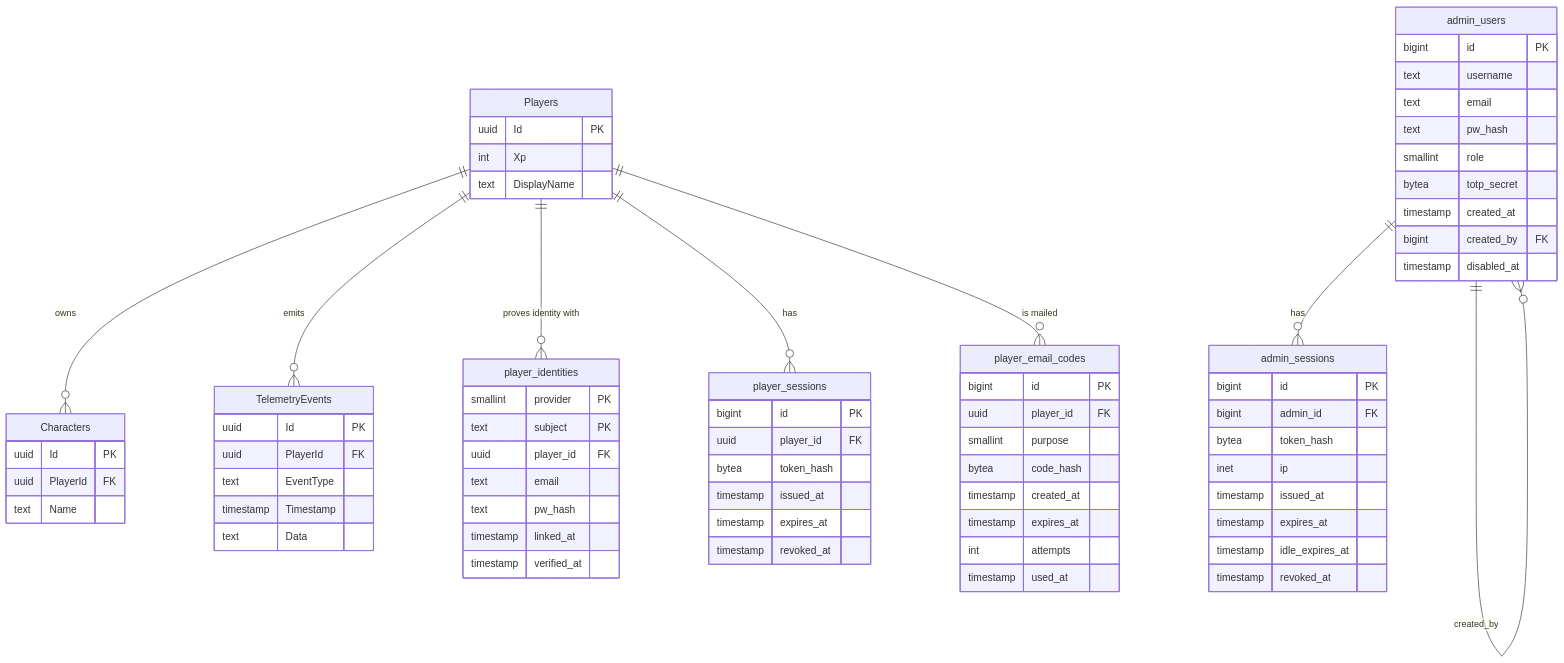
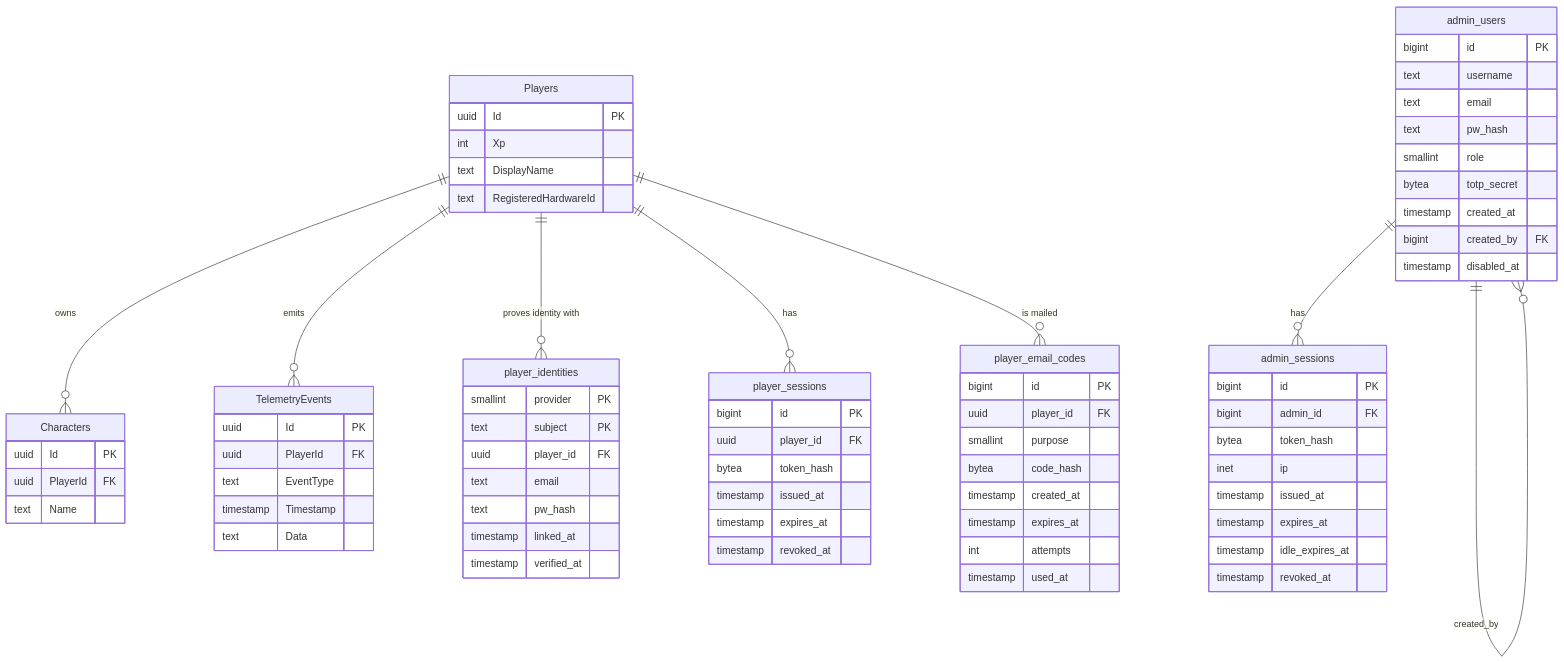
Before and after one commit to Bamboo01/Hakutaku: the diagram in docs/components/database.md, drawn with Mermaid. The commit also changed other lines of this file and 23 other files, not shown here.

````diff
--- a/docs/components/database.md
+++ b/docs/components/database.md
@@ -8,76 +8,77 @@
 ```mermaid
 erDiagram
     Players ||--o{ Characters : "owns"
     Players ||--o{ TelemetryEvents : "emits"
     Players ||--o{ player_identities : "proves identity with"
     Players ||--o{ player_sessions : "has"
     Players ||--o{ player_email_codes : "is mailed"
     admin_users ||--o{ admin_sessions : "has"
     admin_users ||--o{ admin_users : "created_by"
 
     Players {
         uuid Id PK
         int Xp
         text DisplayName
+        text RegisteredHardwareId
     }
     player_identities {
         smallint provider PK
         text subject PK
         uuid player_id FK
         text email
         text pw_hash
         timestamp linked_at
         timestamp verified_at
     }
     player_sessions {
         bigint id PK
         uuid player_id FK
         bytea token_hash
         timestamp issued_at
         timestamp expires_at
         timestamp revoked_at
     }
     player_email_codes {
         bigint id PK
         uuid player_id FK
         smallint purpose
         bytea code_hash
         timestamp created_at
         timestamp expires_at
         int attempts
         timestamp used_at
     }
     Characters {
         uuid Id PK
         uuid PlayerId FK
         text Name
     }
     TelemetryEvents {
         uuid Id PK
         uuid PlayerId FK
         text EventType
         timestamp Timestamp
         text Data
     }
     admin_users {
         bigint id PK
         text username
         text email
         text pw_hash
         smallint role
         bytea totp_secret
         timestamp created_at
         bigint created_by FK
         timestamp disabled_at
     }
     admin_sessions {
         bigint id PK
         bigint admin_id FK
         bytea token_hash
         inet ip
         timestamp issued_at
         timestamp expires_at
         timestamp idle_expires_at
         timestamp revoked_at
     }
 ```
````
